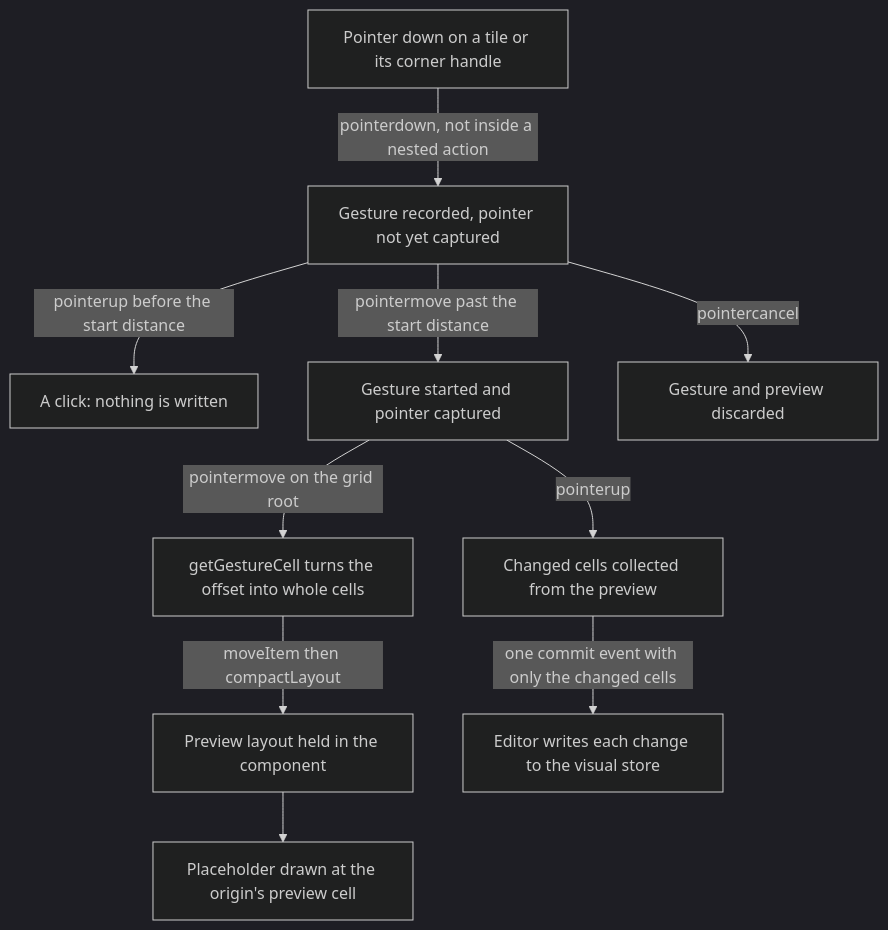
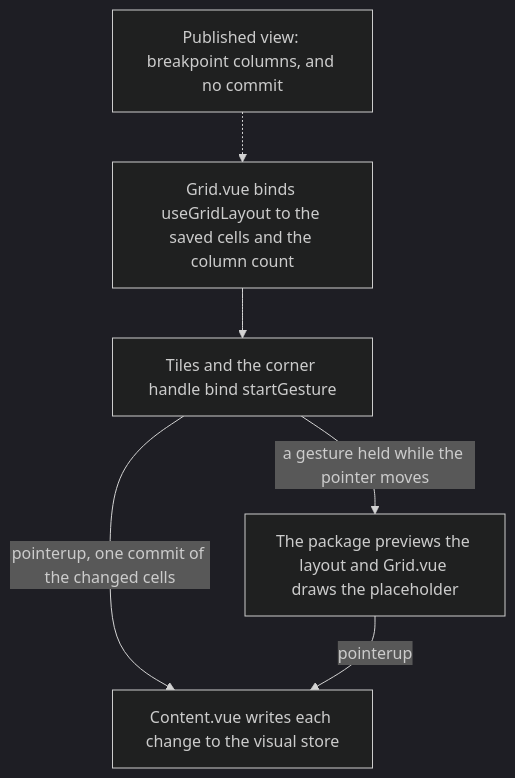
Before and after one commit to Esposter/Esposter: the diagram in openspec/specs/resource/dashboard-grid/design.md, drawn with Mermaid (dark theme). The commit also changed other lines of this file and 10 other files, not shown here.

Commit message:
docs(vue-grid-layout-headless): the grid layout is archived as built, and the dashboard grid keeps only its use of the package

````diff
--- a/openspec/specs/resource/dashboard-grid/design.md
+++ b/openspec/specs/resource/dashboard-grid/design.md
@@ -9,12 +11,8 @@
 ```mermaid
 flowchart TD
-  A["Pointer down on a tile or its corner handle"] -->|"pointerdown, not inside a nested action"| B["Gesture recorded, pointer not yet captured"]
-  B -->|"pointerup before the start distance"| C["A click: nothing is written"]
-  B -->|"pointermove past the start distance"| D["Gesture started and pointer captured"]
-  D -->|"pointermove on the grid root"| E["getGestureCell turns the offset into whole cells"]
-  E -->|"moveItem then compactLayout"| F["Preview layout held in the component"]
-  F --> G["Placeholder drawn at the origin's preview cell"]
-  D -->|"pointerup"| H["Changed cells collected from the preview"]
-  H -->|"one commit event with only the changed cells"| I["Editor writes each change to the visual store"]
-  B -->|"pointercancel"| J["Gesture and preview discarded"]
+  A["Grid.vue binds useGridLayout to the saved cells and the column count"] --> B["Tiles and the corner handle bind startGesture"]
+  B -->|"pointerup, one commit of the changed cells"| C["Content.vue writes each change to the visual store"]
+  B -->|"a gesture held while the pointer moves"| D["The package previews the layout and Grid.vue draws the placeholder"]
+  D -->|"pointerup"| C
+  E["Published view: breakpoint columns, and no commit"] -.-> A
 ```
````
